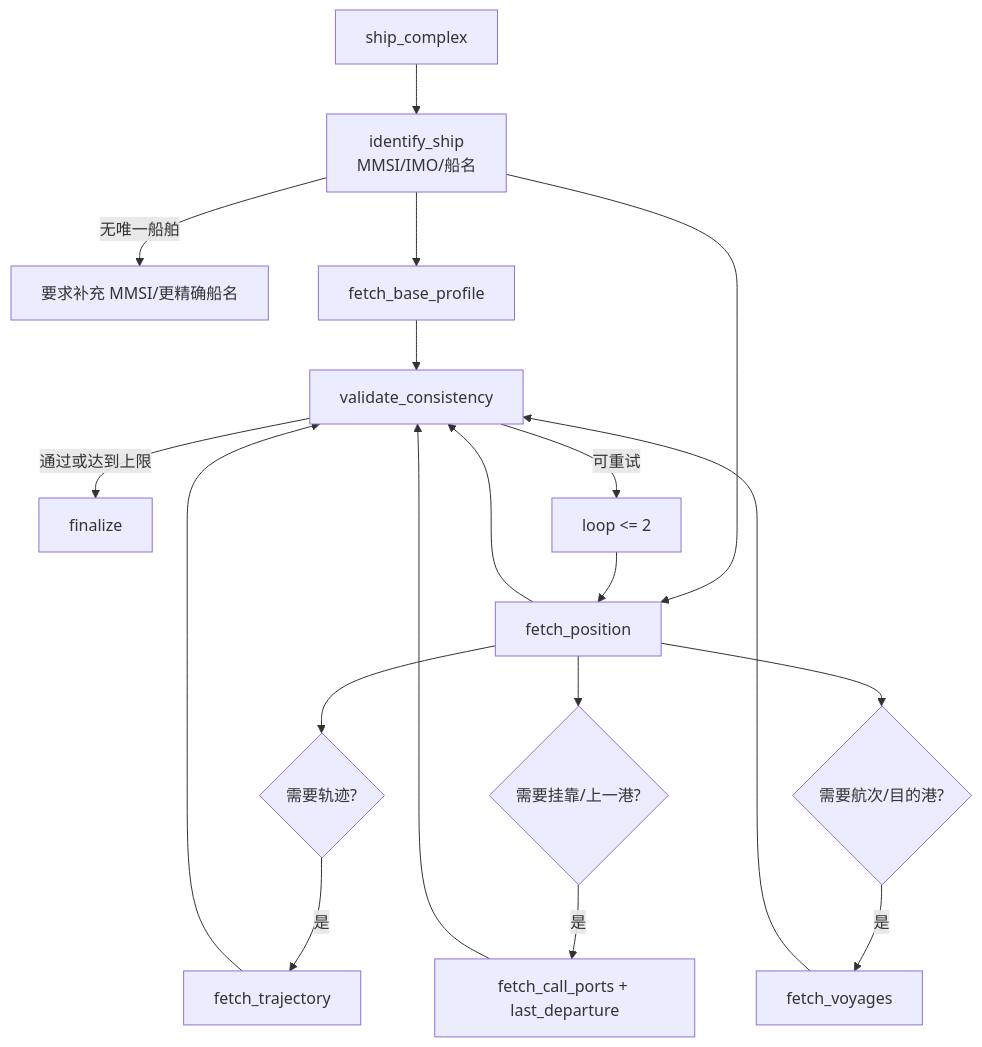
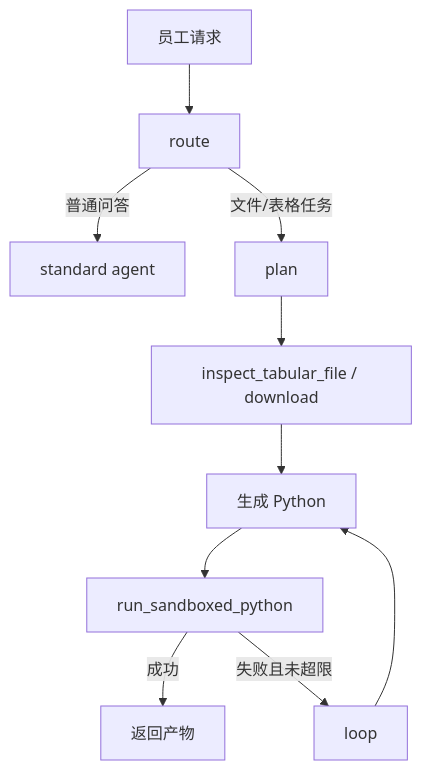
Before and after one commit to lr12338/hifleet-agent: the fourth of 5 diagrams in docs/AGENT_TECHNICAL_DOCUMENTATION.md, drawn with Mermaid. The commit also changed other lines of this file and 12 other files, not shown here.

Commit message:
Harden agent secrecy and simplify architecture docs

````diff
--- a/docs/AGENT_TECHNICAL_DOCUMENTATION.md
+++ b/docs/AGENT_TECHNICAL_DOCUMENTATION.md
@@ -163,21 +119,12 @@
 ```mermaid
 flowchart TD
-    Start[ship_complex] --> Identify[identify_ship<br/>MMSI/IMO/船名]
-    Identify -->|无唯一船舶| Fallback[要求补充 MMSI/更精确船名]
-    Identify --> Base[fetch_base_profile]
-    Identify --> Pos[fetch_position]
-    Pos --> NeedTrack{需要轨迹?}
-    NeedTrack -->|是| Track[fetch_trajectory]
-    Pos --> NeedCall{需要挂靠/上一港?}
-    NeedCall -->|是| Calls[fetch_call_ports + last_departure]
-    Pos --> NeedVoyage{需要航次/目的港?}
-    NeedVoyage -->|是| Voyage[fetch_voyages]
-    Base --> Check[validate_consistency]
-    Pos --> Check
-    Track --> Check
-    Calls --> Check
-    Voyage --> Check
-    Check -->|通过或达到上限| Final[finalize]
-    Check -->|可重试| Loop[loop <= 2]
-    Loop --> Pos
+    Msg[员工请求] --> Route[route]
+    Route -->|普通问答| Delegate[standard agent]
+    Route -->|文件/表格任务| Plan[plan]
+    Plan --> Inspect[inspect_tabular_file / download]
+    Inspect --> Act[生成 Python]
+    Act --> Check[run_sandboxed_python]
+    Check -->|成功| Finalize[返回产物]
+    Check -->|失败且未超限| Loop[loop]
+    Loop --> Act
 ```
````
